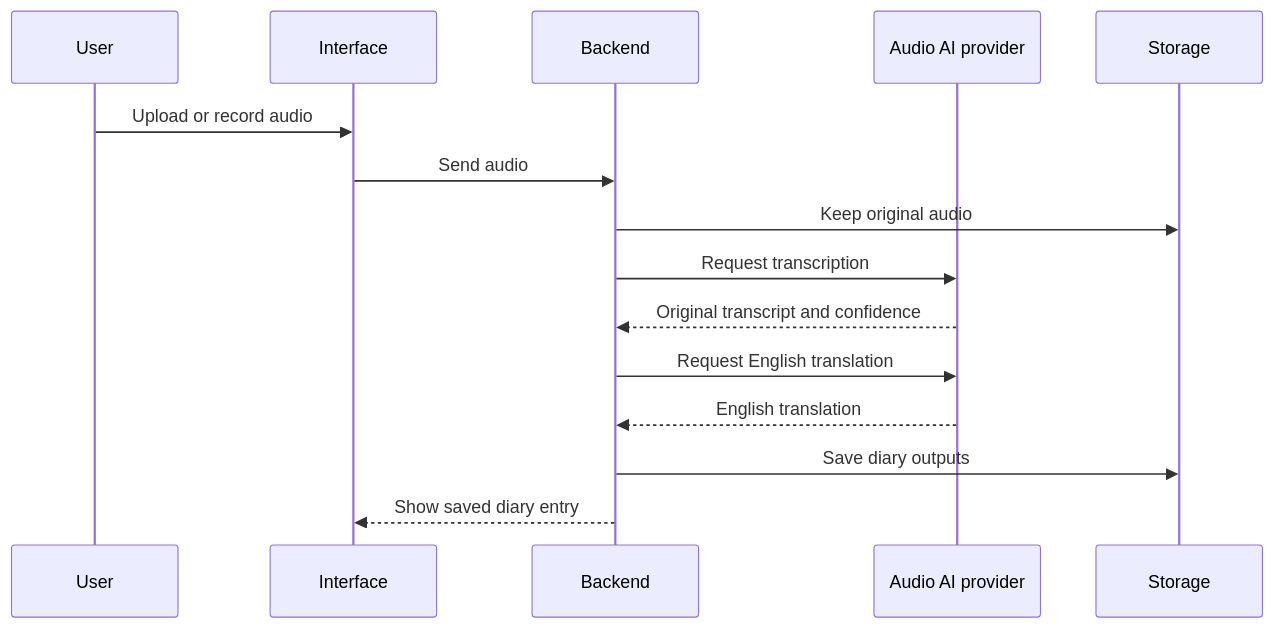
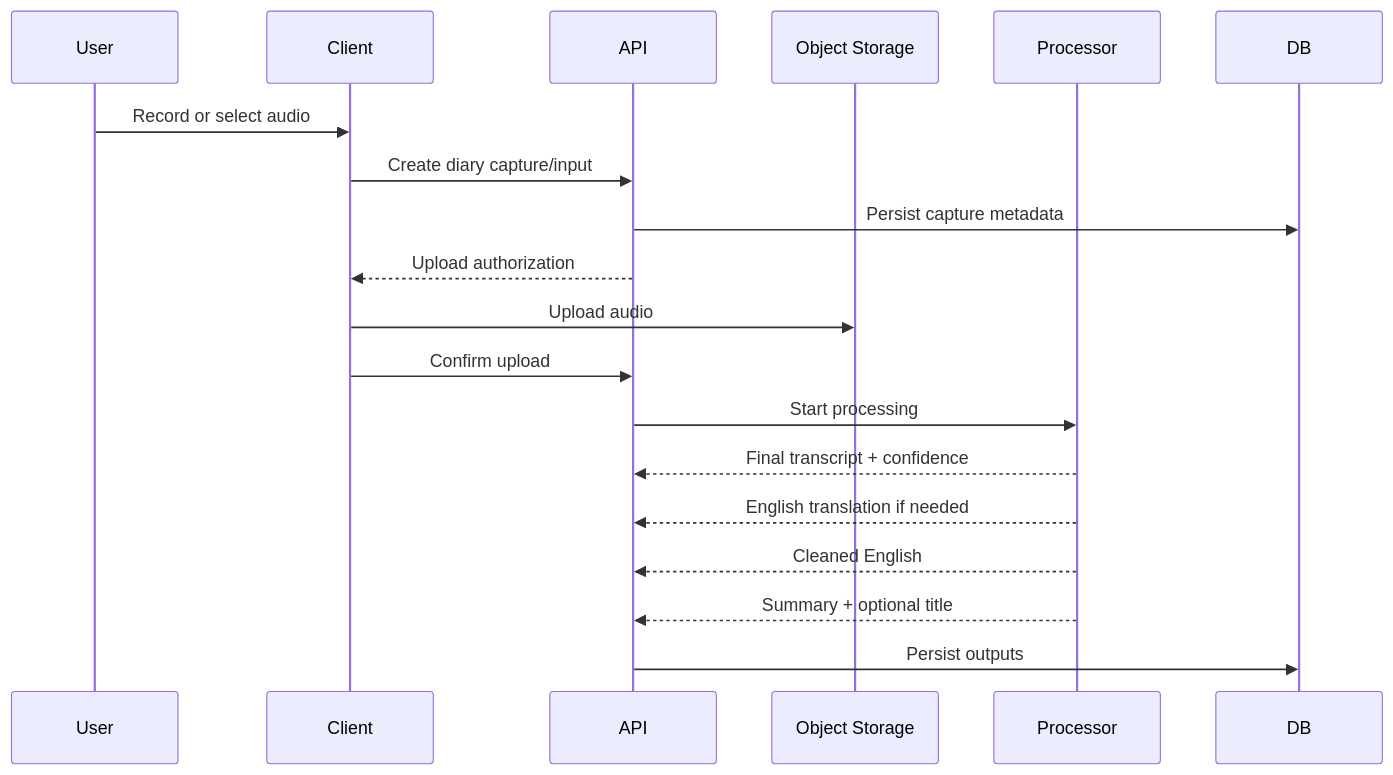
One commit to adityavarmachandika/aham-docs changed the diagram in canvas/architecture/audio-memory-flow.md. Above: the diagram before and after it, drawn with Mermaid. The commit also changed other lines of this file and 11 other files, not shown here.

Commit message:
docs: formalize AHAM Phase 1 product and architecture

````diff
--- a/canvas/architecture/audio-memory-flow.md
+++ b/canvas/architecture/audio-memory-flow.md
@@ -7,18 +7,22 @@
 ```mermaid
 sequenceDiagram
     participant User
-    participant Interface
-    participant Backend
-    participant AudioAI as Audio AI provider
-    participant Storage
+    participant Client
+    participant API
+    participant Store as Object Storage
+    participant Processor
+    participant DB
 
-    User->>Interface: Upload or record audio
-    Interface->>Backend: Send audio
-    Backend->>Storage: Keep original audio
-    Backend->>AudioAI: Request transcription
-    AudioAI-->>Backend: Original transcript and confidence
-    Backend->>AudioAI: Request English translation
-    AudioAI-->>Backend: English translation
-    Backend->>Storage: Save diary outputs
-    Backend-->>Interface: Show saved diary entry
+    User->>Client: Record or select audio
+    Client->>API: Create diary capture/input
+    API->>DB: Persist capture metadata
+    API-->>Client: Upload authorization
+    Client->>Store: Upload audio
+    Client->>API: Confirm upload
+    API->>Processor: Start processing
+    Processor-->>API: Final transcript + confidence
+    Processor-->>API: English translation if needed
+    Processor-->>API: Cleaned English
+    Processor-->>API: Summary + optional title
+    API->>DB: Persist outputs
 ```
````
